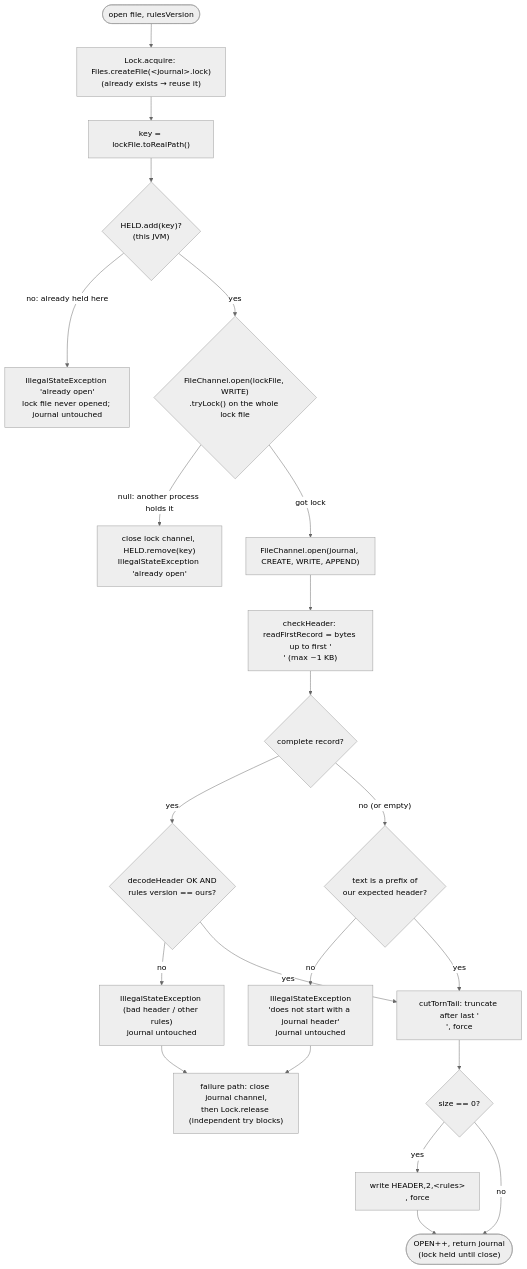
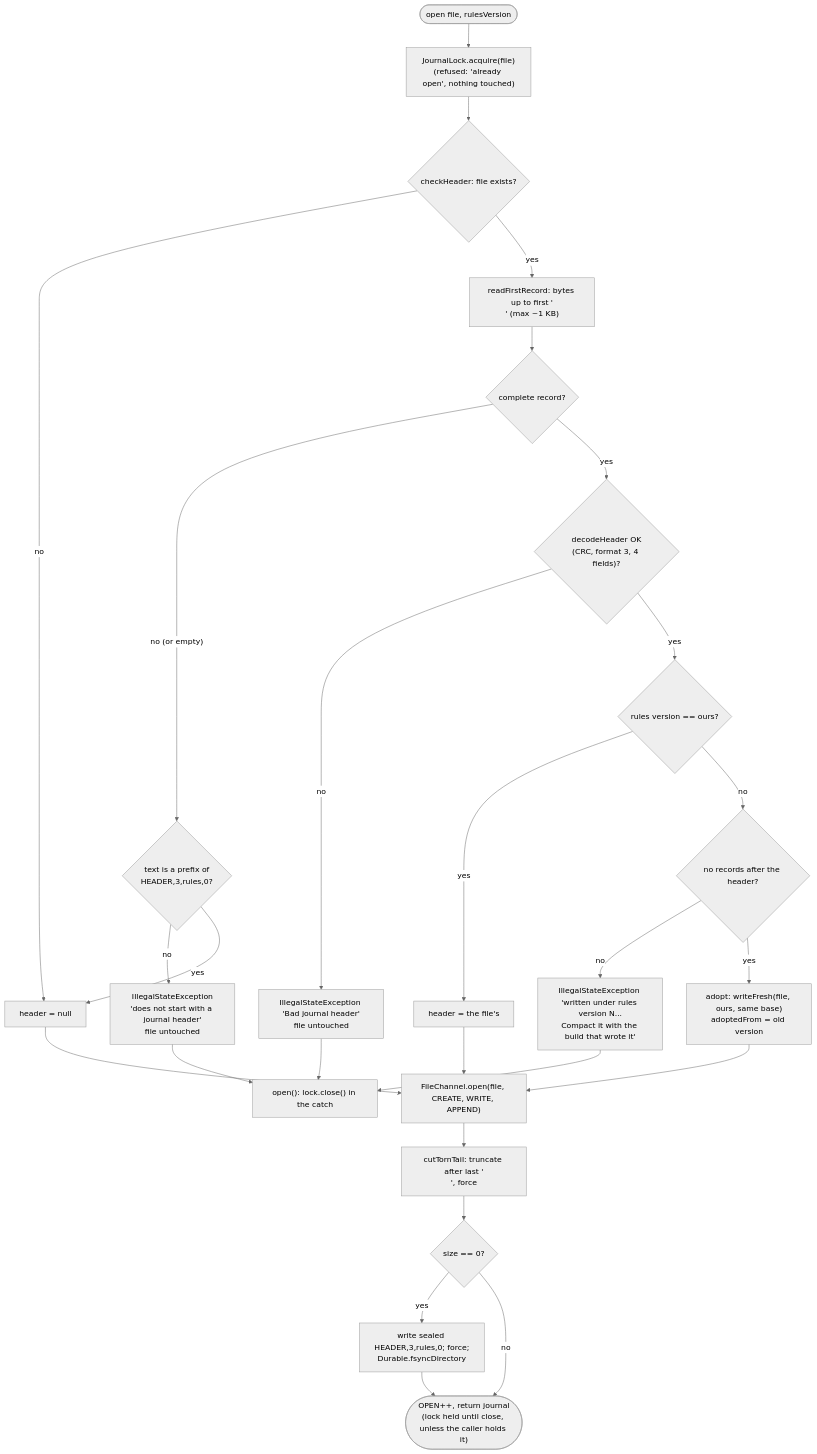
The first of 3 diagrams in docs/understanding/07-modules/journal.md (SampannaNampalli/ExchangeSystem), drawn with Mermaid (neutral theme) before and after one commit. The commit also changed other lines of this file and 30 other files, not shown here.

````diff
--- a/docs/understanding/07-modules/journal.md
+++ b/docs/understanding/07-modules/journal.md
@@ -230,23 +335,25 @@
 ```mermaid
 flowchart TD
-    A([open file, rulesVersion]) --> LF["Lock.acquire: Files.createFile(&lt;journal&gt;.lock)<br/>(already exists → reuse it)"]
-    LF --> K["key = lockFile.toRealPath()"]
-    K --> HELD{"HELD.add(key)?<br/>(this JVM)"}
-    HELD -- "no: already held here" --> X0["IllegalStateException 'already open'<br/>lock file never opened; journal untouched"]
-    HELD -- yes --> TL{"FileChannel.open(lockFile, WRITE)<br/>.tryLock() on the whole lock file"}
-    TL -- "null: another process holds it" --> X1["close lock channel, HELD.remove(key)<br/>IllegalStateException 'already open'"]
-    TL -- got lock --> JC["FileChannel.open(journal, CREATE, WRITE, APPEND)"]
-    JC --> H["checkHeader: readFirstRecord = bytes up to first '\n' (max ~1 KB)"]
-    H --> HC{"complete record?"}
-    HC -- yes --> HV{"decodeHeader OK AND<br/>rules version == ours?"}
-    HV -- no --> X2["IllegalStateException (bad header / other rules)<br/>journal untouched"]
-    HC -- "no (or empty)" --> HP{"text is a prefix of<br/>our expected header?"}
-    HP -- no --> X3["IllegalStateException<br/>'does not start with a journal header'<br/>journal untouched"]
-    HP -- yes --> CUT
-    HV -- yes --> CUT["cutTornTail: truncate after last '\n', force"]
+    A([open file, rulesVersion]) --> L["JournalLock.acquire(file)<br/>(refused: 'already open', nothing touched)"]
+    L --> H{"checkHeader: file exists?"}
+    H -- no --> NEW["header = null"]
+    H -- yes --> FR["readFirstRecord: bytes up to first '\n' (max ~1 KB)"]
+    FR --> HC{"complete record?"}
+    HC -- "no (or empty)" --> HP{"text is a prefix of<br/>HEADER,3,rules,0?"}
+    HP -- no --> X3["IllegalStateException<br/>'does not start with a journal header'<br/>file untouched"]
+    HP -- yes --> NEW
+    HC -- yes --> DH{"decodeHeader OK<br/>(CRC, format 3, 4 fields)?"}
+    DH -- no --> X2["IllegalStateException 'Bad journal header'<br/>file untouched"]
+    DH -- yes --> RV{"rules version == ours?"}
+    RV -- yes --> CH["header = the file's"]
+    RV -- no --> NR{"no records after the header?"}
+    NR -- no --> X4["IllegalStateException 'written under rules version N...<br/>Compact it with the build that wrote it'"]
+    NR -- yes --> AD["adopt: writeFresh(file, ours, same base)<br/>adoptedFrom = old version"]
+    NEW & CH & AD --> CHN["FileChannel.open(file, CREATE, WRITE, APPEND)"]
+    CHN --> CUT["cutTornTail: truncate after last '\n', force"]
     CUT --> E{"size == 0?"}
-    E -- yes --> W["write HEADER,2,&lt;rules&gt;\n, force"]
+    E -- yes --> W["write sealed HEADER,3,rules,0; force;<br/>Durable.fsyncDirectory"]
     E -- no --> OK
-    W --> OK(["OPEN++, return journal<br/>(lock held until close)"])
-    X2 & X3 --> REL["failure path: close journal channel,<br/>then Lock.release (independent try blocks)"]
+    W --> OK(["OPEN++, return journal<br/>(lock held until close, unless the caller holds it)"])
+    X2 & X3 & X4 --> REL["open(): lock.close() in the catch"]
 ```
````
